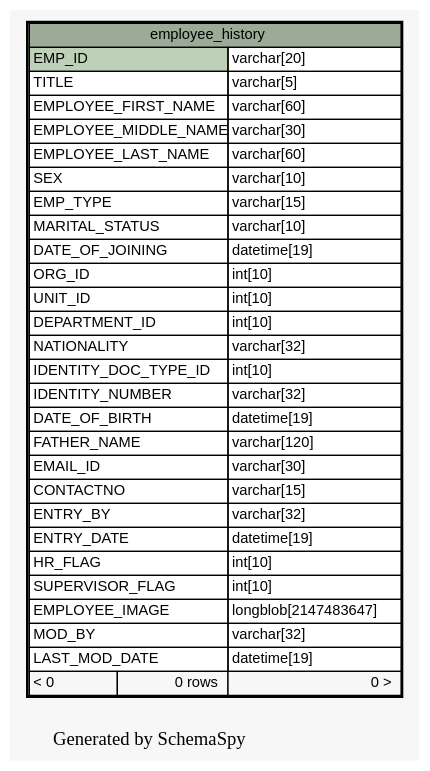
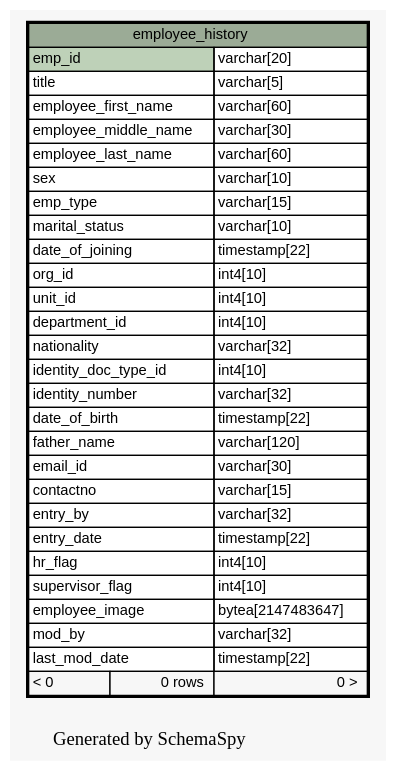
Before and after one commit to engineerscraft/hrms: the diagram in docs/database/schemaspy/graphs/employee_history.1degree.dot, drawn with Graphviz. The commit also changed 214 other files, not shown here.

```diff
--- a/docs/database/schemaspy/graphs/employee_history.1degree.dot
+++ b/docs/database/schemaspy/graphs/employee_history.1degree.dot
@@ -1,52 +1,52 @@
 // dot 2.38.0 on Windows 7 6.1
 digraph "oneDegreeRelationshipsGraph" {
   graph [
     rankdir="RL"
     bgcolor="#f7f7f7"
     label="\nGenerated by SchemaSpy"
     labeljust="l"
   ];
   node [
     fontname="Helvetica"
     fontsize="11"
     shape="plaintext"
   ];
   edge [
     arrowsize="0.8"
   ];
   "employee_history" [
     label=<
     <TABLE BORDER="2" CELLBORDER="1" CELLSPACING="0" BGCOLOR="#ffffff">
       <TR><TD PORT="employee_history.heading" COLSPAN="3" BGCOLOR="#9bab96" ALIGN="CENTER">employee_history</TD></TR>
-      <TR><TD PORT="EMP_ID" COLSPAN="2" BGCOLOR="#bed1b8" ALIGN="LEFT">EMP_ID</TD><TD PORT="EMP_ID.type" ALIGN="LEFT">varchar[20]</TD></TR>
-      <TR><TD PORT="TITLE" COLSPAN="2" ALIGN="LEFT">TITLE</TD><TD PORT="TITLE.type" ALIGN="LEFT">varchar[5]</TD></TR>
-      <TR><TD PORT="EMPLOYEE_FIRST_NAME" COLSPAN="2" ALIGN="LEFT">EMPLOYEE_FIRST_NAME</TD><TD PORT="EMPLOYEE_FIRST_NAME.type" ALIGN="LEFT">varchar[60]</TD></TR>
-      <TR><TD PORT="EMPLOYEE_MIDDLE_NAME" COLSPAN="2" ALIGN="LEFT">EMPLOYEE_MIDDLE_NAME</TD><TD PORT="EMPLOYEE_MIDDLE_NAME.type" ALIGN="LEFT">varchar[30]</TD></TR>
-      <TR><TD PORT="EMPLOYEE_LAST_NAME" COLSPAN="2" ALIGN="LEFT">EMPLOYEE_LAST_NAME</TD><TD PORT="EMPLOYEE_LAST_NAME.type" ALIGN="LEFT">varchar[60]</TD></TR>
-      <TR><TD PORT="SEX" COLSPAN="2" ALIGN="LEFT">SEX</TD><TD PORT="SEX.type" ALIGN="LEFT">varchar[10]</TD></TR>
-      <TR><TD PORT="EMP_TYPE" COLSPAN="2" ALIGN="LEFT">EMP_TYPE</TD><TD PORT="EMP_TYPE.type" ALIGN="LEFT">varchar[15]</TD></TR>
-      <TR><TD PORT="MARITAL_STATUS" COLSPAN="2" ALIGN="LEFT">MARITAL_STATUS</TD><TD PORT="MARITAL_STATUS.type" ALIGN="LEFT">varchar[10]</TD></TR>
-      <TR><TD PORT="DATE_OF_JOINING" COLSPAN="2" ALIGN="LEFT">DATE_OF_JOINING</TD><TD PORT="DATE_OF_JOINING.type" ALIGN="LEFT">datetime[19]</TD></TR>
-      <TR><TD PORT="ORG_ID" COLSPAN="2" ALIGN="LEFT">ORG_ID</TD><TD PORT="ORG_ID.type" ALIGN="LEFT">int[10]</TD></TR>
-      <TR><TD PORT="UNIT_ID" COLSPAN="2" ALIGN="LEFT">UNIT_ID</TD><TD PORT="UNIT_ID.type" ALIGN="LEFT">int[10]</TD></TR>
-      <TR><TD PORT="DEPARTMENT_ID" COLSPAN="2" ALIGN="LEFT">DEPARTMENT_ID</TD><TD PORT="DEPARTMENT_ID.type" ALIGN="LEFT">int[10]</TD></TR>
-      <TR><TD PORT="NATIONALITY" COLSPAN="2" ALIGN="LEFT">NATIONALITY</TD><TD PORT="NATIONALITY.type" ALIGN="LEFT">varchar[32]</TD></TR>
-      <TR><TD PORT="IDENTITY_DOC_TYPE_ID" COLSPAN="2" ALIGN="LEFT">IDENTITY_DOC_TYPE_ID</TD><TD PORT="IDENTITY_DOC_TYPE_ID.type" ALIGN="LEFT">int[10]</TD></TR>
-      <TR><TD PORT="IDENTITY_NUMBER" COLSPAN="2" ALIGN="LEFT">IDENTITY_NUMBER</TD><TD PORT="IDENTITY_NUMBER.type" ALIGN="LEFT">varchar[32]</TD></TR>
-      <TR><TD PORT="DATE_OF_BIRTH" COLSPAN="2" ALIGN="LEFT">DATE_OF_BIRTH</TD><TD PORT="DATE_OF_BIRTH.type" ALIGN="LEFT">datetime[19]</TD></TR>
-      <TR><TD PORT="FATHER_NAME" COLSPAN="2" ALIGN="LEFT">FATHER_NAME</TD><TD PORT="FATHER_NAME.type" ALIGN="LEFT">varchar[120]</TD></TR>
-      <TR><TD PORT="EMAIL_ID" COLSPAN="2" ALIGN="LEFT">EMAIL_ID</TD><TD PORT="EMAIL_ID.type" ALIGN="LEFT">varchar[30]</TD></TR>
-      <TR><TD PORT="CONTACTNO" COLSPAN="2" ALIGN="LEFT">CONTACTNO</TD><TD PORT="CONTACTNO.type" ALIGN="LEFT">varchar[15]</TD></TR>
-      <TR><TD PORT="ENTRY_BY" COLSPAN="2" ALIGN="LEFT">ENTRY_BY</TD><TD PORT="ENTRY_BY.type" ALIGN="LEFT">varchar[32]</TD></TR>
-      <TR><TD PORT="ENTRY_DATE" COLSPAN="2" ALIGN="LEFT">ENTRY_DATE</TD><TD PORT="ENTRY_DATE.type" ALIGN="LEFT">datetime[19]</TD></TR>
-      <TR><TD PORT="HR_FLAG" COLSPAN="2" ALIGN="LEFT">HR_FLAG</TD><TD PORT="HR_FLAG.type" ALIGN="LEFT">int[10]</TD></TR>
-      <TR><TD PORT="SUPERVISOR_FLAG" COLSPAN="2" ALIGN="LEFT">SUPERVISOR_FLAG</TD><TD PORT="SUPERVISOR_FLAG.type" ALIGN="LEFT">int[10]</TD></TR>
-      <TR><TD PORT="EMPLOYEE_IMAGE" COLSPAN="2" ALIGN="LEFT">EMPLOYEE_IMAGE</TD><TD PORT="EMPLOYEE_IMAGE.type" ALIGN="LEFT">longblob[2147483647]</TD></TR>
-      <TR><TD PORT="MOD_BY" COLSPAN="2" ALIGN="LEFT">MOD_BY</TD><TD PORT="MOD_BY.type" ALIGN="LEFT">varchar[32]</TD></TR>
-      <TR><TD PORT="LAST_MOD_DATE" COLSPAN="2" ALIGN="LEFT">LAST_MOD_DATE</TD><TD PORT="LAST_MOD_DATE.type" ALIGN="LEFT">datetime[19]</TD></TR>
+      <TR><TD PORT="emp_id" COLSPAN="2" BGCOLOR="#bed1b8" ALIGN="LEFT">emp_id</TD><TD PORT="emp_id.type" ALIGN="LEFT">varchar[20]</TD></TR>
+      <TR><TD PORT="title" COLSPAN="2" ALIGN="LEFT">title</TD><TD PORT="title.type" ALIGN="LEFT">varchar[5]</TD></TR>
+      <TR><TD PORT="employee_first_name" COLSPAN="2" ALIGN="LEFT">employee_first_name</TD><TD PORT="employee_first_name.type" ALIGN="LEFT">varchar[60]</TD></TR>
+      <TR><TD PORT="employee_middle_name" COLSPAN="2" ALIGN="LEFT">employee_middle_name</TD><TD PORT="employee_middle_name.type" ALIGN="LEFT">varchar[30]</TD></TR>
+      <TR><TD PORT="employee_last_name" COLSPAN="2" ALIGN="LEFT">employee_last_name</TD><TD PORT="employee_last_name.type" ALIGN="LEFT">varchar[60]</TD></TR>
+      <TR><TD PORT="sex" COLSPAN="2" ALIGN="LEFT">sex</TD><TD PORT="sex.type" ALIGN="LEFT">varchar[10]</TD></TR>
+      <TR><TD PORT="emp_type" COLSPAN="2" ALIGN="LEFT">emp_type</TD><TD PORT="emp_type.type" ALIGN="LEFT">varchar[15]</TD></TR>
+      <TR><TD PORT="marital_status" COLSPAN="2" ALIGN="LEFT">marital_status</TD><TD PORT="marital_status.type" ALIGN="LEFT">varchar[10]</TD></TR>
+      <TR><TD PORT="date_of_joining" COLSPAN="2" ALIGN="LEFT">date_of_joining</TD><TD PORT="date_of_joining.type" ALIGN="LEFT">timestamp[22]</TD></TR>
+      <TR><TD PORT="org_id" COLSPAN="2" ALIGN="LEFT">org_id</TD><TD PORT="org_id.type" ALIGN="LEFT">int4[10]</TD></TR>
+      <TR><TD PORT="unit_id" COLSPAN="2" ALIGN="LEFT">unit_id</TD><TD PORT="unit_id.type" ALIGN="LEFT">int4[10]</TD></TR>
+      <TR><TD PORT="department_id" COLSPAN="2" ALIGN="LEFT">department_id</TD><TD PORT="department_id.type" ALIGN="LEFT">int4[10]</TD></TR>
+      <TR><TD PORT="nationality" COLSPAN="2" ALIGN="LEFT">nationality</TD><TD PORT="nationality.type" ALIGN="LEFT">varchar[32]</TD></TR>
+      <TR><TD PORT="identity_doc_type_id" COLSPAN="2" ALIGN="LEFT">identity_doc_type_id</TD><TD PORT="identity_doc_type_id.type" ALIGN="LEFT">int4[10]</TD></TR>
+      <TR><TD PORT="identity_number" COLSPAN="2" ALIGN="LEFT">identity_number</TD><TD PORT="identity_number.type" ALIGN="LEFT">varchar[32]</TD></TR>
+      <TR><TD PORT="date_of_birth" COLSPAN="2" ALIGN="LEFT">date_of_birth</TD><TD PORT="date_of_birth.type" ALIGN="LEFT">timestamp[22]</TD></TR>
+      <TR><TD PORT="father_name" COLSPAN="2" ALIGN="LEFT">father_name</TD><TD PORT="father_name.type" ALIGN="LEFT">varchar[120]</TD></TR>
+      <TR><TD PORT="email_id" COLSPAN="2" ALIGN="LEFT">email_id</TD><TD PORT="email_id.type" ALIGN="LEFT">varchar[30]</TD></TR>
+      <TR><TD PORT="contactno" COLSPAN="2" ALIGN="LEFT">contactno</TD><TD PORT="contactno.type" ALIGN="LEFT">varchar[15]</TD></TR>
+      <TR><TD PORT="entry_by" COLSPAN="2" ALIGN="LEFT">entry_by</TD><TD PORT="entry_by.type" ALIGN="LEFT">varchar[32]</TD></TR>
+      <TR><TD PORT="entry_date" COLSPAN="2" ALIGN="LEFT">entry_date</TD><TD PORT="entry_date.type" ALIGN="LEFT">timestamp[22]</TD></TR>
+      <TR><TD PORT="hr_flag" COLSPAN="2" ALIGN="LEFT">hr_flag</TD><TD PORT="hr_flag.type" ALIGN="LEFT">int4[10]</TD></TR>
+      <TR><TD PORT="supervisor_flag" COLSPAN="2" ALIGN="LEFT">supervisor_flag</TD><TD PORT="supervisor_flag.type" ALIGN="LEFT">int4[10]</TD></TR>
+      <TR><TD PORT="employee_image" COLSPAN="2" ALIGN="LEFT">employee_image</TD><TD PORT="employee_image.type" ALIGN="LEFT">bytea[2147483647]</TD></TR>
+      <TR><TD PORT="mod_by" COLSPAN="2" ALIGN="LEFT">mod_by</TD><TD PORT="mod_by.type" ALIGN="LEFT">varchar[32]</TD></TR>
+      <TR><TD PORT="last_mod_date" COLSPAN="2" ALIGN="LEFT">last_mod_date</TD><TD PORT="last_mod_date.type" ALIGN="LEFT">timestamp[22]</TD></TR>
       <TR><TD ALIGN="LEFT" BGCOLOR="#f7f7f7">&lt; 0</TD><TD ALIGN="RIGHT" BGCOLOR="#f7f7f7">0 rows</TD><TD ALIGN="RIGHT" BGCOLOR="#f7f7f7">0 &gt;</TD></TR>
     </TABLE>>
     URL="employee_history.html#"
     tooltip="employee_history"
   ];
 }
```
